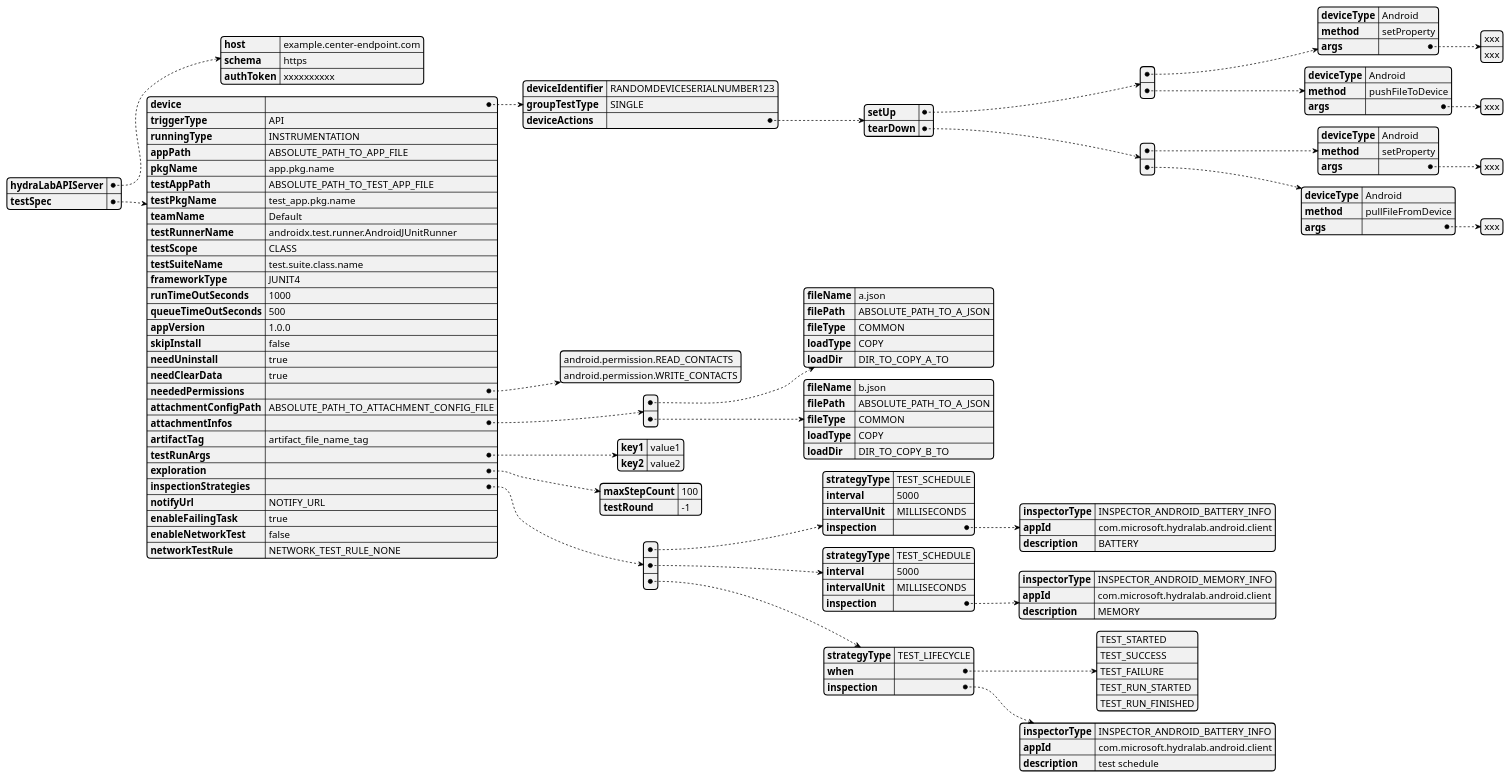
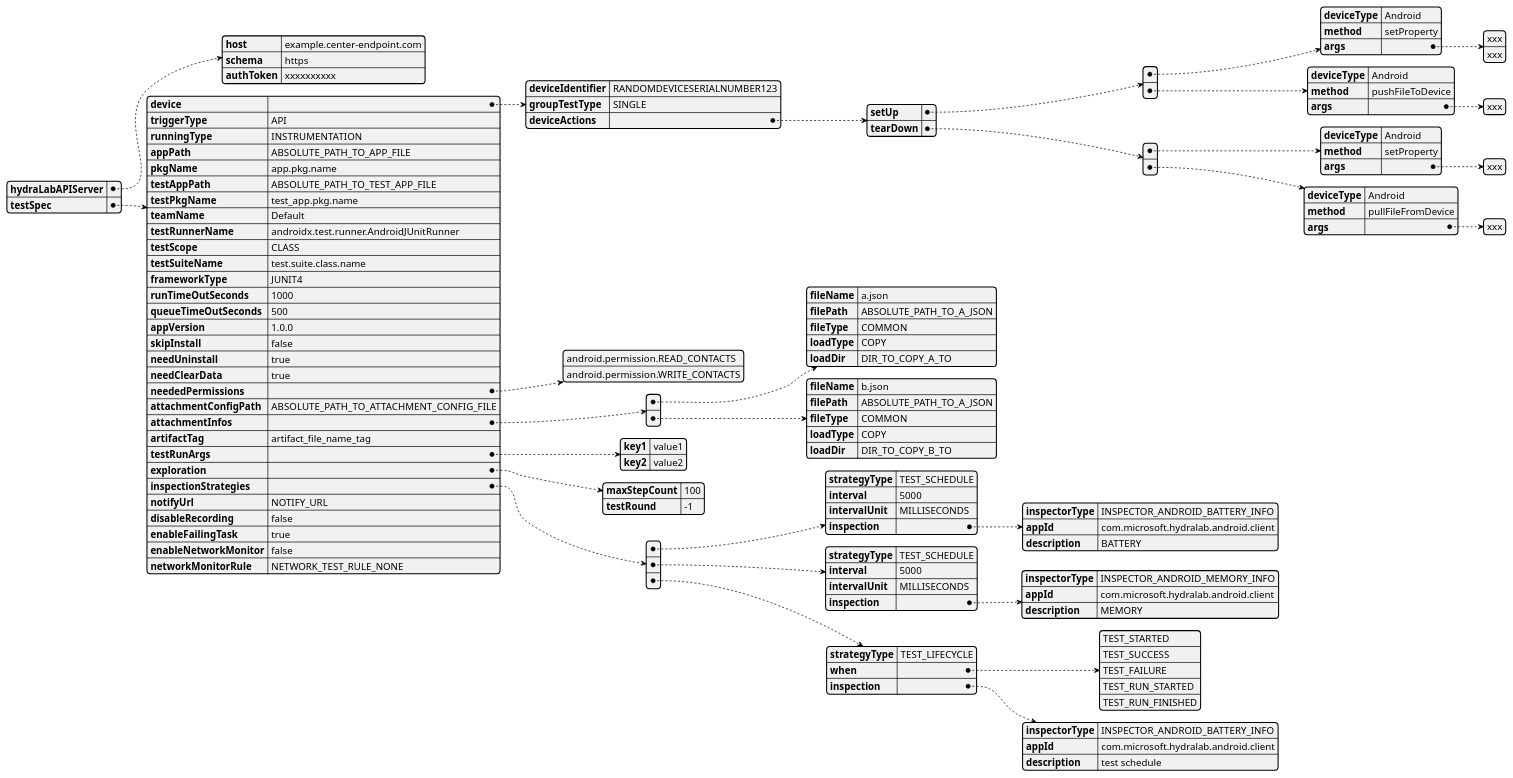
One commit to microsoft/HydraLab changed the diagram in gradle_plugin/doc/UML/gradle_plugin_yaml_config_design.puml. Above: the diagram before and after it, drawn with PlantUML. The commit also changed 7 other files, not shown here.

First line of the commit message:
Rename network test to network monitor for uniformity (#526)

```diff
--- a/gradle_plugin/doc/UML/gradle_plugin_yaml_config_design.puml
+++ b/gradle_plugin/doc/UML/gradle_plugin_yaml_config_design.puml
@@ -1,100 +1,101 @@
 @startyaml
 hydraLabAPIServer:
     host: example.center-endpoint.com
     schema: https
     authToken: xxxxxxxxxx
 testSpec:
     device:
         deviceIdentifier: RANDOMDEVICESERIALNUMBER123
         groupTestType: SINGLE
         deviceActions:
             setUp:
             - deviceType: Android
               method: setProperty
               args:
                 - xxx
                 - xxx
             - deviceType: Android
               method: pushFileToDevice
               args:
                 - xxx
             tearDown:
             - deviceType: Android
               method: setProperty
               args:
               - xxx
             - deviceType: Android
               method: pullFileFromDevice
               args:
               - xxx
     triggerType: API
     runningType: INSTRUMENTATION
     appPath: ABSOLUTE_PATH_TO_APP_FILE
     pkgName: app.pkg.name
     testAppPath: ABSOLUTE_PATH_TO_TEST_APP_FILE
     testPkgName: test_app.pkg.name
     teamName: Default
     testRunnerName: androidx.test.runner.AndroidJUnitRunner
     testScope: CLASS
     testSuiteName: test.suite.class.name
     frameworkType: JUNIT4
     runTimeOutSeconds: 1000
     queueTimeOutSeconds: 500
     appVersion: 1.0.0
     skipInstall: false
     needUninstall: true
     needClearData: true
     neededPermissions:
         - android.permission.READ_CONTACTS
         - android.permission.WRITE_CONTACTS
     attachmentConfigPath: ABSOLUTE_PATH_TO_ATTACHMENT_CONFIG_FILE
     attachmentInfos:
     - fileName: a.json
       filePath: ABSOLUTE_PATH_TO_A_JSON
       fileType: COMMON
       loadType: COPY
       loadDir: DIR_TO_COPY_A_TO
     - fileName: b.json
       filePath: ABSOLUTE_PATH_TO_A_JSON
       fileType: COMMON
       loadType: COPY
       loadDir: DIR_TO_COPY_B_TO
     artifactTag: artifact_file_name_tag
     testRunArgs:
         key1: value1
         key2: value2
     exploration:
         maxStepCount: 100
         testRound: -1
     inspectionStrategies:
     - strategyType: TEST_SCHEDULE
       interval: 5000
       intervalUnit: MILLISECONDS
       inspection:
         inspectorType: INSPECTOR_ANDROID_BATTERY_INFO
         appId: com.microsoft.hydralab.android.client
         description: BATTERY
     - strategyType: TEST_SCHEDULE
       interval: 5000
       intervalUnit: MILLISECONDS
       inspection:
         inspectorType: INSPECTOR_ANDROID_MEMORY_INFO
         appId: com.microsoft.hydralab.android.client
         description: MEMORY
     - strategyType: TEST_LIFECYCLE
       when:
         - TEST_STARTED
         - TEST_SUCCESS
         - TEST_FAILURE
         - TEST_RUN_STARTED
         - TEST_RUN_FINISHED
       inspection:
         inspectorType: INSPECTOR_ANDROID_BATTERY_INFO
         appId: com.microsoft.hydralab.android.client
         description: test schedule
     notifyUrl: NOTIFY_URL
+    disableRecording: false
     enableFailingTask: true
-    enableNetworkTest: false
-    networkTestRule: NETWORK_TEST_RULE_NONE
+    enableNetworkMonitor: false
+    networkMonitorRule: NETWORK_TEST_RULE_NONE
 
 @endyaml
```
